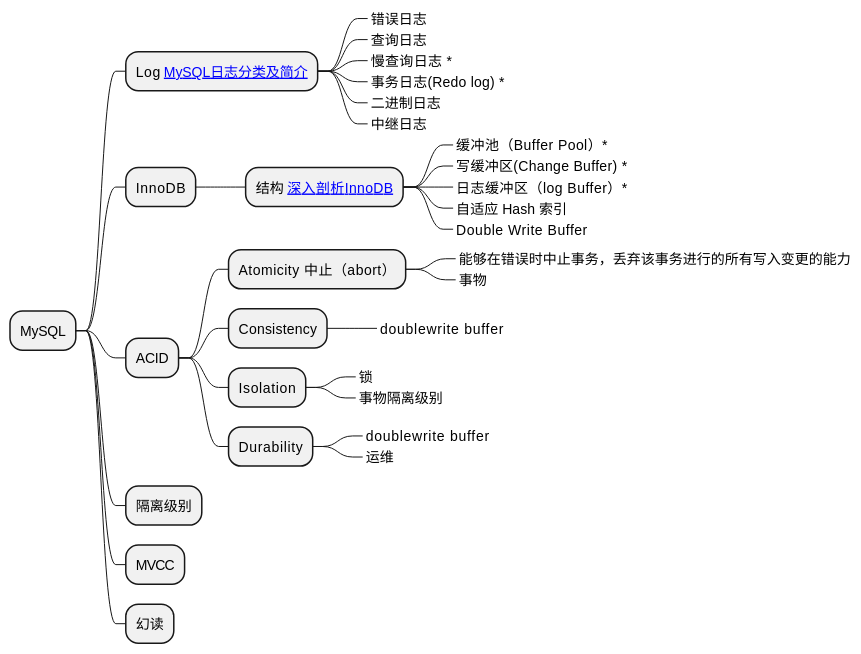
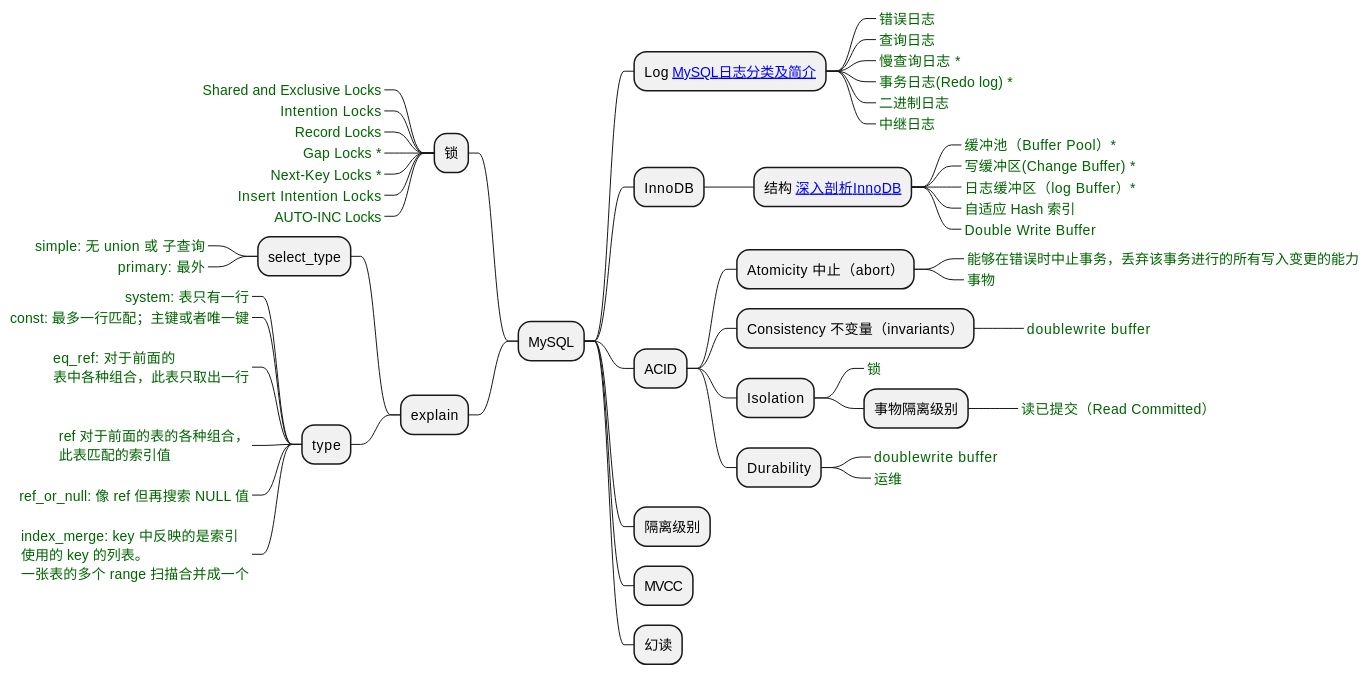
Before and after one commit to Gh0st99/Gh0st99.github.io: the third of 5 diagrams in _posts/2021-05-27-查漏补缺.md, drawn with PlantUML. The commit also changed other lines of this file and 1 other file, not shown here.

Commit message:
查漏补缺

````diff
--- a/_posts/2021-05-27-查漏补缺.md
+++ b/_posts/2021-05-27-查漏补缺.md
@@ -67,38 +69,82 @@
 ```plantuml
 @startmindmap
+<style>
+boxless {
+FontColor darkgreen
+}
+</style>
+
 * MySQL
 
 ** Log [[https://zhuanlan.zhihu.com/p/58011817 MySQL日志分类及简介]]
 ***_ 错误日志
 ***_ 查询日志
 ***_ 慢查询日志 *
 ***_ 事务日志(Redo log) *
 ***_ 二进制日志
 ***_ 中继日志
 
 ** InnoDB
 *** 结构 [[https://zhuanlan.zhihu.com/p/235458760 深入剖析InnoDB]]
 ****_ 缓冲池（Buffer Pool）*
 ****_ 写缓冲区(Change Buffer) *
 ****_ 日志缓冲区（log Buffer）*
 ****_ 自适应 Hash 索引
 ****_ Double Write Buffer
 
 ** ACID
 *** Atomicity 中止（abort）
 ****_ 能够在错误时中止事务，丢弃该事务进行的所有写入变更的能力
 ****_ 事物
-*** Consistency
+
+*** Consistency 不变量（invariants）
 ****_ doublewrite buffer
+
 *** Isolation
 ****_ 锁
-****_ 事物隔离级别
+**** 事物隔离级别
+*****_ 读已提交（Read Committed）
+
 *** Durability
 ****_ doublewrite buffer
 ****_ 运维
 
 ** 隔离级别
 ** MVCC
 ** 幻读
+
+left side
+
+** 锁
+***_ Shared and Exclusive Locks
+***_ Intention Locks
+***_ Record Locks
+***_ Gap Locks *
+***_ Next-Key Locks *
+***_ Insert Intention Locks
+***_ AUTO-INC Locks
+
+** explain
+*** select_type
+****_ simple: 无 union 或 子查询
+****_ primary: 最外
+
+*** type
+****_ system: 表只有一行
+****_ const: 最多一行匹配；主键或者唯一键
+****_: 
+eq_ref:  对于前面的
+表中各种组合，此表只取出一行
+;
+****_:
+ref 对于前面的表的各种组合，
+此表匹配的索引值
+;
+****_ ref_or_null: 像 ref 但再搜索 NULL 值
+****_: 
+index_merge: key 中反映的是索引
+使用的 key 的列表。
+一张表的多个 range 扫描合并成一个
+;
 @endmindmap
 ```
````
